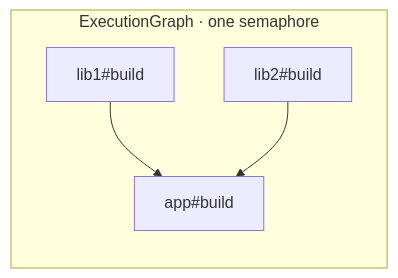
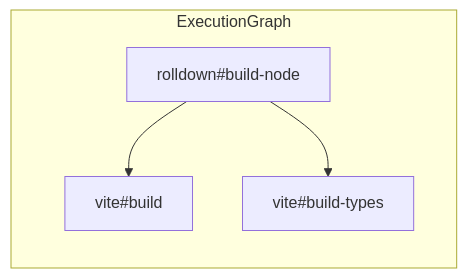
Before and after one commit to RSS1102/vite-task: the first of 4 diagrams in docs/rfcs/run-many.md, drawn with Mermaid. The commit also changed other lines of this file, not shown here.

Commit message:
docs(rfc): rewrite run-many with vite-plus task names, clearer sequence/parallel callouts

````diff
--- a/docs/rfcs/run-many.md
+++ b/docs/rfcs/run-many.md
@@ -13,8 +13,8 @@
 ```mermaid
 flowchart TD
-  subgraph G["ExecutionGraph · one semaphore"]
+  subgraph G["ExecutionGraph"]
     direction TB
-    L1[lib1#build] --> A[app#build]
-    L2[lib2#build] --> A
+    rn[rolldown#build-node] --> vb[vite#build]
+    rn --> vbt[vite#build-types]
   end
 ```
````
